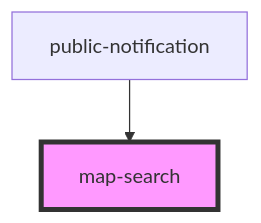
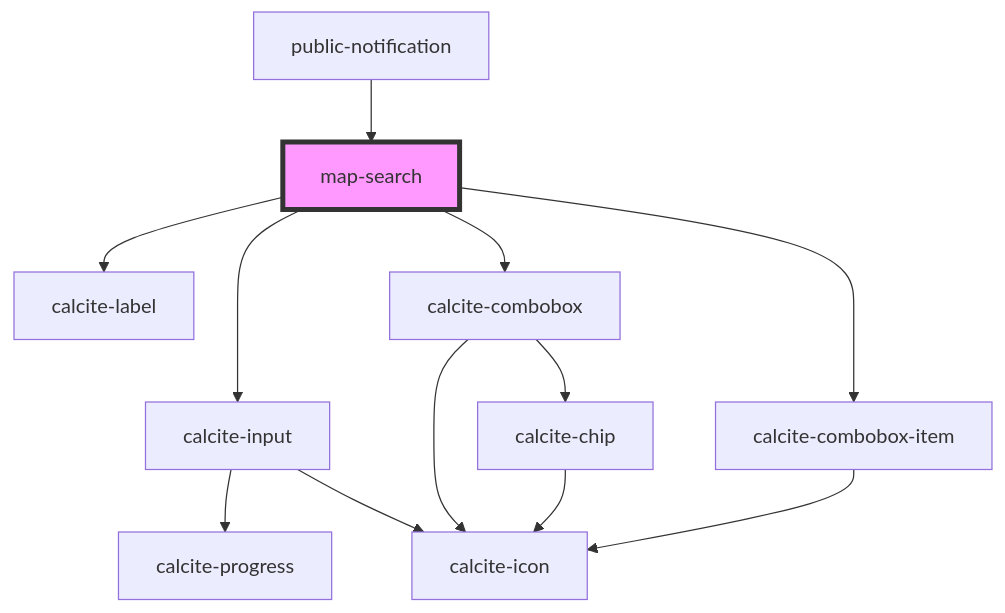
Before and after one commit to Esri/solutions-components: the diagram in src/components/map-search/readme.md, drawn with Mermaid. The commit also changed other lines of this file and 14 other files, not shown here.

````diff
--- a/src/components/map-search/readme.md
+++ b/src/components/map-search/readme.md
@@ -24,5 +31,15 @@
 ```mermaid
 graph TD;
+  map-search --> calcite-label
+  map-search --> calcite-input
+  map-search --> calcite-combobox
+  map-search --> calcite-combobox-item
+  calcite-input --> calcite-progress
+  calcite-input --> calcite-icon
+  calcite-combobox --> calcite-chip
+  calcite-combobox --> calcite-icon
+  calcite-chip --> calcite-icon
+  calcite-combobox-item --> calcite-icon
   public-notification --> map-search
   style map-search fill:#f9f,stroke:#333,stroke-width:4px
 ```
````
